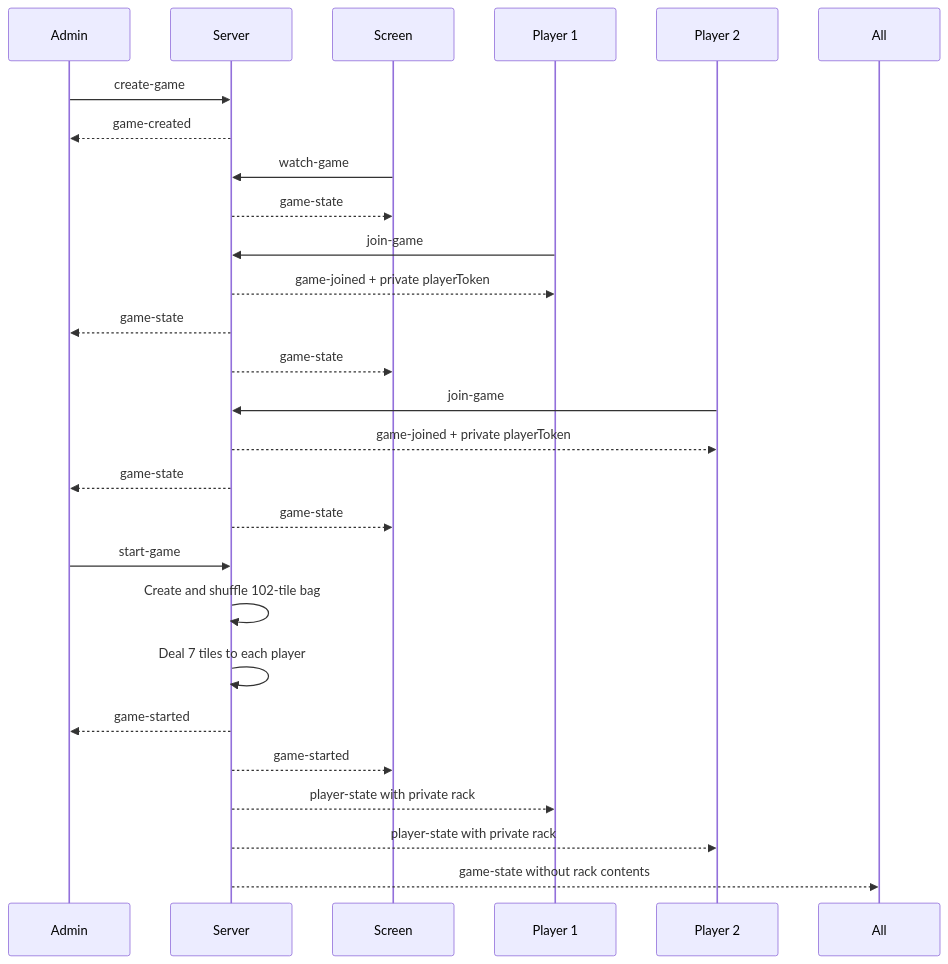
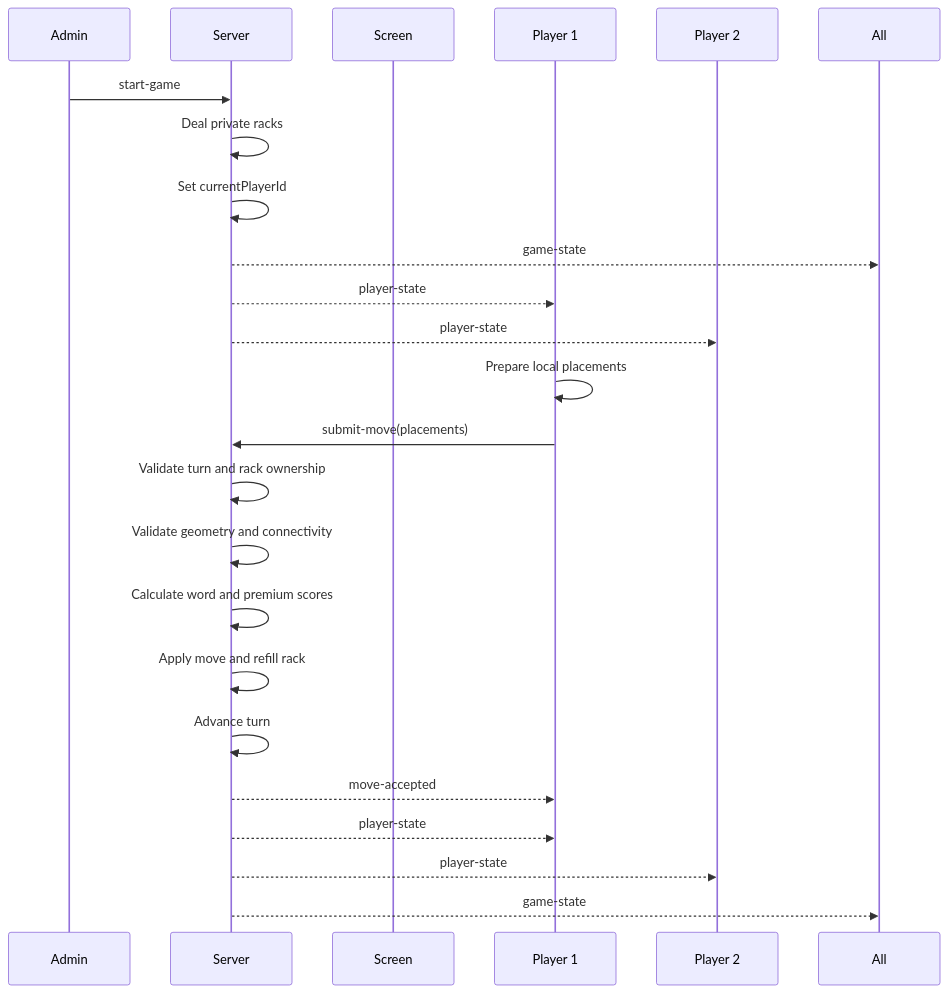
Before and after one commit to EfcyLab/electronic-scrabble: the first of 2 diagrams in docs/protocol.md, drawn with Mermaid. The commit also changed other lines of this file and 17 other files, not shown here.

````diff
--- a/docs/protocol.md
+++ b/docs/protocol.md
@@ -10,33 +15,27 @@
 ```mermaid
 sequenceDiagram
     participant Admin
     participant Server
     participant Screen
     participant P1 as Player 1
     participant P2 as Player 2
 
-    Admin->>Server: create-game
-    Server-->>Admin: game-created
+    Admin->>Server: start-game
+    Server->>Server: Deal private racks
+    Server->>Server: Set currentPlayerId
+    Server-->>All: game-state
+    Server-->>P1: player-state
+    Server-->>P2: player-state
 
-    Screen->>Server: watch-game
-    Server-->>Screen: game-state
-
-    P1->>Server: join-game
-    Server-->>P1: game-joined + private playerToken
-    Server-->>Admin: game-state
-    Server-->>Screen: game-state
-
-    P2->>Server: join-game
-    Server-->>P2: game-joined + private playerToken
-    Server-->>Admin: game-state
-    Server-->>Screen: game-state
-
-    Admin->>Server: start-game
-    Server->>Server: Create and shuffle 102-tile bag
-    Server->>Server: Deal 7 tiles to each player
-    Server-->>Admin: game-started
-    Server-->>Screen: game-started
-    Server-->>P1: player-state with private rack
-    Server-->>P2: player-state with private rack
-    Server-->>All: game-state without rack contents
+    P1->>P1: Prepare local placements
+    P1->>Server: submit-move(placements)
+    Server->>Server: Validate turn and rack ownership
+    Server->>Server: Validate geometry and connectivity
+    Server->>Server: Calculate word and premium scores
+    Server->>Server: Apply move and refill rack
+    Server->>Server: Advance turn
+    Server-->>P1: move-accepted
+    Server-->>P1: player-state
+    Server-->>P2: player-state
+    Server-->>All: game-state
 ```
````
